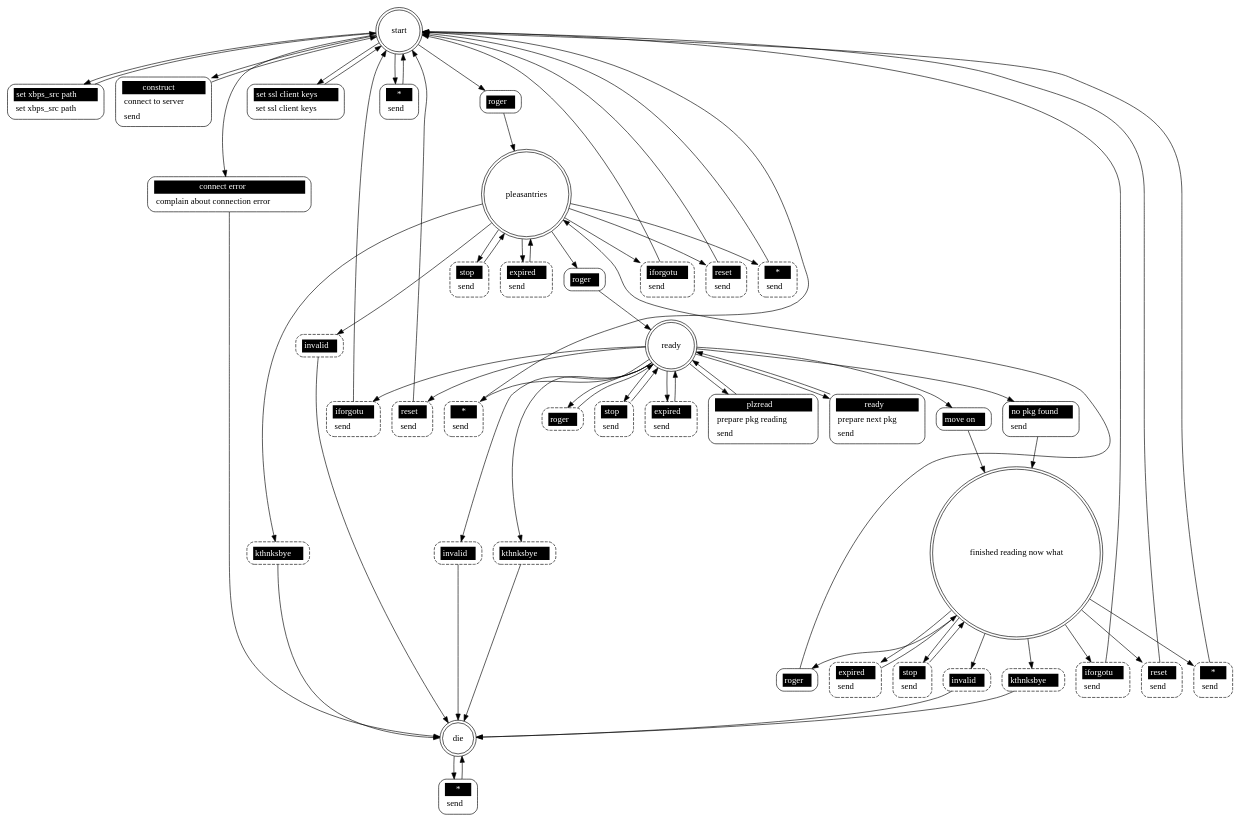
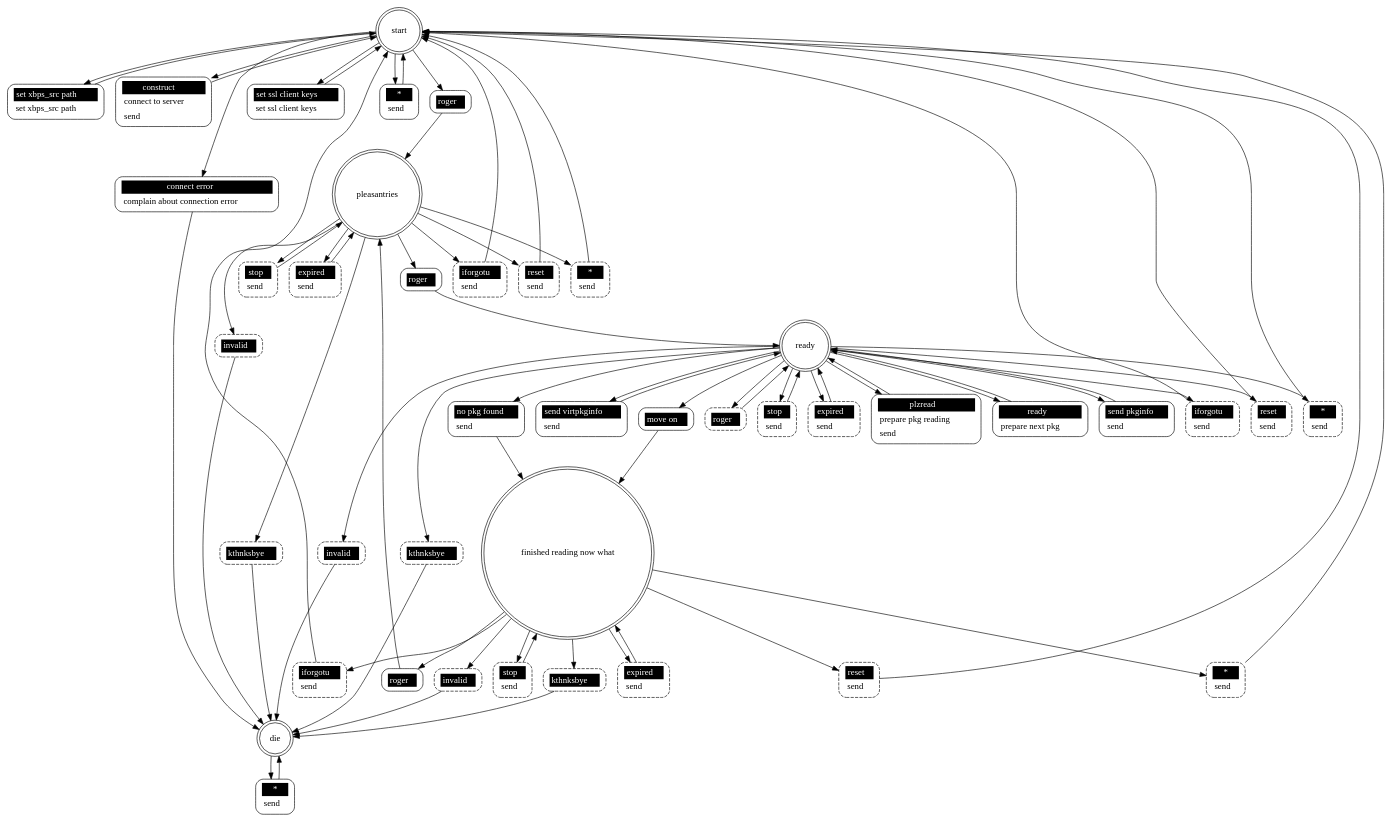
One commit to Vaelatern/dxpb changed the diagram in src/pkgimport_client.dot. Above: the diagram before and after it, drawn with Graphviz. The commit also changed 6 other files, not shown here.

```diff
--- a/src/pkgimport_client.dot
+++ b/src/pkgimport_client.dot
@@ -1,118 +1,124 @@
 ## Automatically generated from pkgimport_client.xml by gsl
 digraph "pkgimport_client" {
 
  "start" [shape = "doublecircle"];
  "start set xbps_src path" [shape = "Mrecord" style = solid label = <<table border="0" cellborder="0" cellpadding="3" bgcolor="white"><tr><td bgcolor="black" align="center" colspan="2"><font color="white">set xbps_src path</font></td></tr><tr><td align="left" port="r3">set xbps_src path</td></tr></table>>];
  "start" -> "start set xbps_src path";
  "start set xbps_src path" -> "start";
  "start construct" [shape = "Mrecord" style = solid label = <<table border="0" cellborder="0" cellpadding="3" bgcolor="white"><tr><td bgcolor="black" align="center" colspan="2"><font color="white">construct</font></td></tr><tr><td align="left" port="r3">connect to server</td></tr><tr><td align="left" port="r3">send</td></tr></table>>];
  "start" -> "start construct";
  "start construct" -> "start";
  "start roger" [shape = "Mrecord" style = solid label = <<table border="0" cellborder="0" cellpadding="3" bgcolor="white"><tr><td bgcolor="black" align="center" colspan="2"><font color="white">roger</font></td></tr></table>>];
  "start" -> "start roger";
  "start roger" -> "pleasantries";
  "start set ssl client keys" [shape = "Mrecord" style = solid label = <<table border="0" cellborder="0" cellpadding="3" bgcolor="white"><tr><td bgcolor="black" align="center" colspan="2"><font color="white">set ssl client keys</font></td></tr><tr><td align="left" port="r3">set ssl client keys</td></tr></table>>];
  "start" -> "start set ssl client keys";
  "start set ssl client keys" -> "start";
  "start connect error" [shape = "Mrecord" style = solid label = <<table border="0" cellborder="0" cellpadding="3" bgcolor="white"><tr><td bgcolor="black" align="center" colspan="2"><font color="white">connect error</font></td></tr><tr><td align="left" port="r3">complain about connection error</td></tr></table>>];
  "start" -> "start connect error";
  "start connect error" -> "die";
  "start *" [shape = "Mrecord" style = solid label = <<table border="0" cellborder="0" cellpadding="3" bgcolor="white"><tr><td bgcolor="black" align="center" colspan="2"><font color="white">*</font></td></tr><tr><td align="left" port="r3">send</td></tr></table>>];
  "start" -> "start *";
  "start *" -> "start";
 
  "pleasantries" [shape = "doublecircle"];
  "pleasantries invalid" [shape = "Mrecord" style = dashed label = <<table border="0" cellborder="0" cellpadding="3" bgcolor="white"><tr><td bgcolor="black" align="center" colspan="2"><font color="white">invalid</font></td></tr></table>>];
  "pleasantries" -> "pleasantries invalid";
  "pleasantries invalid" -> "die";
  "pleasantries iforgotu" [shape = "Mrecord" style = dashed label = <<table border="0" cellborder="0" cellpadding="3" bgcolor="white"><tr><td bgcolor="black" align="center" colspan="2"><font color="white">iforgotu</font></td></tr><tr><td align="left" port="r3">send</td></tr></table>>];
  "pleasantries" -> "pleasantries iforgotu";
  "pleasantries iforgotu" -> "start";
  "pleasantries reset" [shape = "Mrecord" style = dashed label = <<table border="0" cellborder="0" cellpadding="3" bgcolor="white"><tr><td bgcolor="black" align="center" colspan="2"><font color="white">reset</font></td></tr><tr><td align="left" port="r3">send</td></tr></table>>];
  "pleasantries" -> "pleasantries reset";
  "pleasantries reset" -> "start";
  "pleasantries stop" [shape = "Mrecord" style = dashed label = <<table border="0" cellborder="0" cellpadding="3" bgcolor="white"><tr><td bgcolor="black" align="center" colspan="2"><font color="white">stop</font></td></tr><tr><td align="left" port="r3">send</td></tr></table>>];
  "pleasantries" -> "pleasantries stop";
  "pleasantries stop" -> "pleasantries";
  "pleasantries kthnksbye" [shape = "Mrecord" style = dashed label = <<table border="0" cellborder="0" cellpadding="3" bgcolor="white"><tr><td bgcolor="black" align="center" colspan="2"><font color="white">kthnksbye</font></td></tr></table>>];
  "pleasantries" -> "pleasantries kthnksbye";
  "pleasantries kthnksbye" -> "die";
  "pleasantries expired" [shape = "Mrecord" style = dashed label = <<table border="0" cellborder="0" cellpadding="3" bgcolor="white"><tr><td bgcolor="black" align="center" colspan="2"><font color="white">expired</font></td></tr><tr><td align="left" port="r3">send</td></tr></table>>];
  "pleasantries" -> "pleasantries expired";
  "pleasantries expired" -> "pleasantries";
  "pleasantries *" [shape = "Mrecord" style = dashed label = <<table border="0" cellborder="0" cellpadding="3" bgcolor="white"><tr><td bgcolor="black" align="center" colspan="2"><font color="white">*</font></td></tr><tr><td align="left" port="r3">send</td></tr></table>>];
  "pleasantries" -> "pleasantries *";
  "pleasantries *" -> "start";
  "pleasantries roger" [shape = "Mrecord" style = solid label = <<table border="0" cellborder="0" cellpadding="3" bgcolor="white"><tr><td bgcolor="black" align="center" colspan="2"><font color="white">roger</font></td></tr></table>>];
  "pleasantries" -> "pleasantries roger";
  "pleasantries roger" -> "ready";
 
  "ready" [shape = "doublecircle"];
  "ready invalid" [shape = "Mrecord" style = dashed label = <<table border="0" cellborder="0" cellpadding="3" bgcolor="white"><tr><td bgcolor="black" align="center" colspan="2"><font color="white">invalid</font></td></tr></table>>];
  "ready" -> "ready invalid";
  "ready invalid" -> "die";
  "ready iforgotu" [shape = "Mrecord" style = dashed label = <<table border="0" cellborder="0" cellpadding="3" bgcolor="white"><tr><td bgcolor="black" align="center" colspan="2"><font color="white">iforgotu</font></td></tr><tr><td align="left" port="r3">send</td></tr></table>>];
  "ready" -> "ready iforgotu";
  "ready iforgotu" -> "start";
  "ready roger" [shape = "Mrecord" style = dashed label = <<table border="0" cellborder="0" cellpadding="3" bgcolor="white"><tr><td bgcolor="black" align="center" colspan="2"><font color="white">roger</font></td></tr></table>>];
  "ready" -> "ready roger";
  "ready roger" -> "ready";
  "ready reset" [shape = "Mrecord" style = dashed label = <<table border="0" cellborder="0" cellpadding="3" bgcolor="white"><tr><td bgcolor="black" align="center" colspan="2"><font color="white">reset</font></td></tr><tr><td align="left" port="r3">send</td></tr></table>>];
  "ready" -> "ready reset";
  "ready reset" -> "start";
  "ready stop" [shape = "Mrecord" style = dashed label = <<table border="0" cellborder="0" cellpadding="3" bgcolor="white"><tr><td bgcolor="black" align="center" colspan="2"><font color="white">stop</font></td></tr><tr><td align="left" port="r3">send</td></tr></table>>];
  "ready" -> "ready stop";
  "ready stop" -> "ready";
  "ready kthnksbye" [shape = "Mrecord" style = dashed label = <<table border="0" cellborder="0" cellpadding="3" bgcolor="white"><tr><td bgcolor="black" align="center" colspan="2"><font color="white">kthnksbye</font></td></tr></table>>];
  "ready" -> "ready kthnksbye";
  "ready kthnksbye" -> "die";
  "ready expired" [shape = "Mrecord" style = dashed label = <<table border="0" cellborder="0" cellpadding="3" bgcolor="white"><tr><td bgcolor="black" align="center" colspan="2"><font color="white">expired</font></td></tr><tr><td align="left" port="r3">send</td></tr></table>>];
  "ready" -> "ready expired";
  "ready expired" -> "ready";
  "ready *" [shape = "Mrecord" style = dashed label = <<table border="0" cellborder="0" cellpadding="3" bgcolor="white"><tr><td bgcolor="black" align="center" colspan="2"><font color="white">*</font></td></tr><tr><td align="left" port="r3">send</td></tr></table>>];
  "ready" -> "ready *";
  "ready *" -> "start";
  "ready plzread" [shape = "Mrecord" style = solid label = <<table border="0" cellborder="0" cellpadding="3" bgcolor="white"><tr><td bgcolor="black" align="center" colspan="2"><font color="white">plzread</font></td></tr><tr><td align="left" port="r3">prepare pkg reading</td></tr><tr><td align="left" port="r3">send</td></tr></table>>];
  "ready" -> "ready plzread";
  "ready plzread" -> "ready";
- "ready ready" [shape = "Mrecord" style = solid label = <<table border="0" cellborder="0" cellpadding="3" bgcolor="white"><tr><td bgcolor="black" align="center" colspan="2"><font color="white">ready</font></td></tr><tr><td align="left" port="r3">prepare next pkg</td></tr><tr><td align="left" port="r3">send</td></tr></table>>];
+ "ready ready" [shape = "Mrecord" style = solid label = <<table border="0" cellborder="0" cellpadding="3" bgcolor="white"><tr><td bgcolor="black" align="center" colspan="2"><font color="white">ready</font></td></tr><tr><td align="left" port="r3">prepare next pkg</td></tr></table>>];
  "ready" -> "ready ready";
  "ready ready" -> "ready";
+ "ready send pkginfo" [shape = "Mrecord" style = solid label = <<table border="0" cellborder="0" cellpadding="3" bgcolor="white"><tr><td bgcolor="black" align="center" colspan="2"><font color="white">send pkginfo</font></td></tr><tr><td align="left" port="r3">send</td></tr></table>>];
+ "ready" -> "ready send pkginfo";
+ "ready send pkginfo" -> "ready";
+ "ready send virtpkginfo" [shape = "Mrecord" style = solid label = <<table border="0" cellborder="0" cellpadding="3" bgcolor="white"><tr><td bgcolor="black" align="center" colspan="2"><font color="white">send virtpkginfo</font></td></tr><tr><td align="left" port="r3">send</td></tr></table>>];
+ "ready" -> "ready send virtpkginfo";
+ "ready send virtpkginfo" -> "ready";
  "ready no pkg found" [shape = "Mrecord" style = solid label = <<table border="0" cellborder="0" cellpadding="3" bgcolor="white"><tr><td bgcolor="black" align="center" colspan="2"><font color="white">no pkg found</font></td></tr><tr><td align="left" port="r3">send</td></tr></table>>];
  "ready" -> "ready no pkg found";
  "ready no pkg found" -> "finished reading now what";
  "ready move on" [shape = "Mrecord" style = solid label = <<table border="0" cellborder="0" cellpadding="3" bgcolor="white"><tr><td bgcolor="black" align="center" colspan="2"><font color="white">move on</font></td></tr></table>>];
  "ready" -> "ready move on";
  "ready move on" -> "finished reading now what";
 
  "finished reading now what" [shape = "doublecircle"];
  "finished reading now what invalid" [shape = "Mrecord" style = dashed label = <<table border="0" cellborder="0" cellpadding="3" bgcolor="white"><tr><td bgcolor="black" align="center" colspan="2"><font color="white">invalid</font></td></tr></table>>];
  "finished reading now what" -> "finished reading now what invalid";
  "finished reading now what invalid" -> "die";
  "finished reading now what iforgotu" [shape = "Mrecord" style = dashed label = <<table border="0" cellborder="0" cellpadding="3" bgcolor="white"><tr><td bgcolor="black" align="center" colspan="2"><font color="white">iforgotu</font></td></tr><tr><td align="left" port="r3">send</td></tr></table>>];
  "finished reading now what" -> "finished reading now what iforgotu";
  "finished reading now what iforgotu" -> "start";
  "finished reading now what reset" [shape = "Mrecord" style = dashed label = <<table border="0" cellborder="0" cellpadding="3" bgcolor="white"><tr><td bgcolor="black" align="center" colspan="2"><font color="white">reset</font></td></tr><tr><td align="left" port="r3">send</td></tr></table>>];
  "finished reading now what" -> "finished reading now what reset";
  "finished reading now what reset" -> "start";
  "finished reading now what stop" [shape = "Mrecord" style = dashed label = <<table border="0" cellborder="0" cellpadding="3" bgcolor="white"><tr><td bgcolor="black" align="center" colspan="2"><font color="white">stop</font></td></tr><tr><td align="left" port="r3">send</td></tr></table>>];
  "finished reading now what" -> "finished reading now what stop";
  "finished reading now what stop" -> "finished reading now what";
  "finished reading now what kthnksbye" [shape = "Mrecord" style = dashed label = <<table border="0" cellborder="0" cellpadding="3" bgcolor="white"><tr><td bgcolor="black" align="center" colspan="2"><font color="white">kthnksbye</font></td></tr></table>>];
  "finished reading now what" -> "finished reading now what kthnksbye";
  "finished reading now what kthnksbye" -> "die";
  "finished reading now what expired" [shape = "Mrecord" style = dashed label = <<table border="0" cellborder="0" cellpadding="3" bgcolor="white"><tr><td bgcolor="black" align="center" colspan="2"><font color="white">expired</font></td></tr><tr><td align="left" port="r3">send</td></tr></table>>];
  "finished reading now what" -> "finished reading now what expired";
  "finished reading now what expired" -> "finished reading now what";
  "finished reading now what *" [shape = "Mrecord" style = dashed label = <<table border="0" cellborder="0" cellpadding="3" bgcolor="white"><tr><td bgcolor="black" align="center" colspan="2"><font color="white">*</font></td></tr><tr><td align="left" port="r3">send</td></tr></table>>];
  "finished reading now what" -> "finished reading now what *";
  "finished reading now what *" -> "start";
  "finished reading now what roger" [shape = "Mrecord" style = solid label = <<table border="0" cellborder="0" cellpadding="3" bgcolor="white"><tr><td bgcolor="black" align="center" colspan="2"><font color="white">roger</font></td></tr></table>>];
  "finished reading now what" -> "finished reading now what roger";
  "finished reading now what roger" -> "pleasantries";
 
  "die" [shape = "doublecircle"];
  "die *" [shape = "Mrecord" style = solid label = <<table border="0" cellborder="0" cellpadding="3" bgcolor="white"><tr><td bgcolor="black" align="center" colspan="2"><font color="white">*</font></td></tr><tr><td align="left" port="r3">send</td></tr></table>>];
  "die" -> "die *";
  "die *" -> "die";
 }
```
